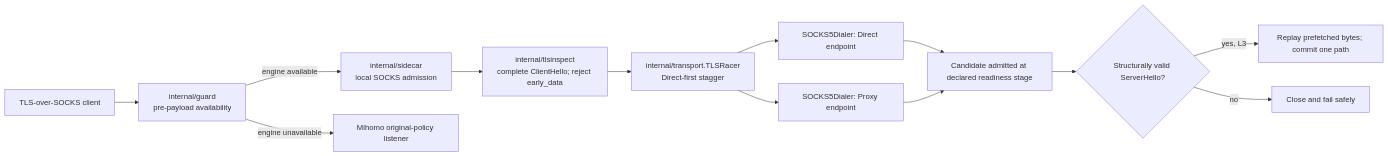
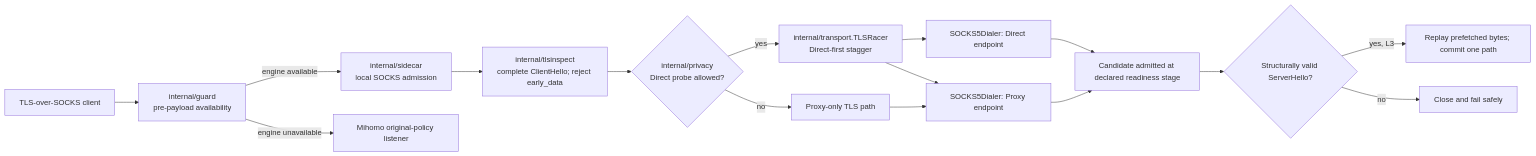
The second of 4 diagrams in docs/02-technical-design.md (firfisa/smartroute), drawn with Mermaid before and after one commit. The commit also changed other lines of this file and 22 other files, not shown here.

Commit message:
feat(privacy): enforce direct probe policy

````diff
--- a/docs/02-technical-design.md
+++ b/docs/02-technical-design.md
@@ -108,15 +108,18 @@
 ```mermaid
 flowchart LR
     Client["TLS-over-SOCKS client"] --> Guard["internal/guard\npre-payload availability"]
     Guard -->|"engine available"| Inbound["internal/sidecar\nlocal SOCKS admission"]
     Guard -->|"engine unavailable"| Original["Mihomo original-policy listener"]
     Inbound --> Inspect["internal/tlsinspect\ncomplete ClientHello; reject early_data"]
-    Inspect --> Racer["internal/transport.TLSRacer\nDirect-first stagger"]
+    Inspect --> Privacy{"internal/privacy\nDirect probe allowed?"}
+    Privacy -->|"yes"| Racer["internal/transport.TLSRacer\nDirect-first stagger"]
+    Privacy -->|"no"| ProxyOnly["Proxy-only TLS path"]
     Racer --> D["SOCKS5Dialer: Direct endpoint"]
     Racer --> P["SOCKS5Dialer: Proxy endpoint"]
+    ProxyOnly --> P
     D --> Candidate["Candidate admitted at declared readiness stage"]
     P --> Candidate
     Candidate --> Gate{"Structurally valid ServerHello?"}
     Gate -->|"yes, L3"| Relay["Replay prefetched bytes; commit one path"]
     Gate -->|"no"| Reject["Close and fail safely"]
 ```
````
